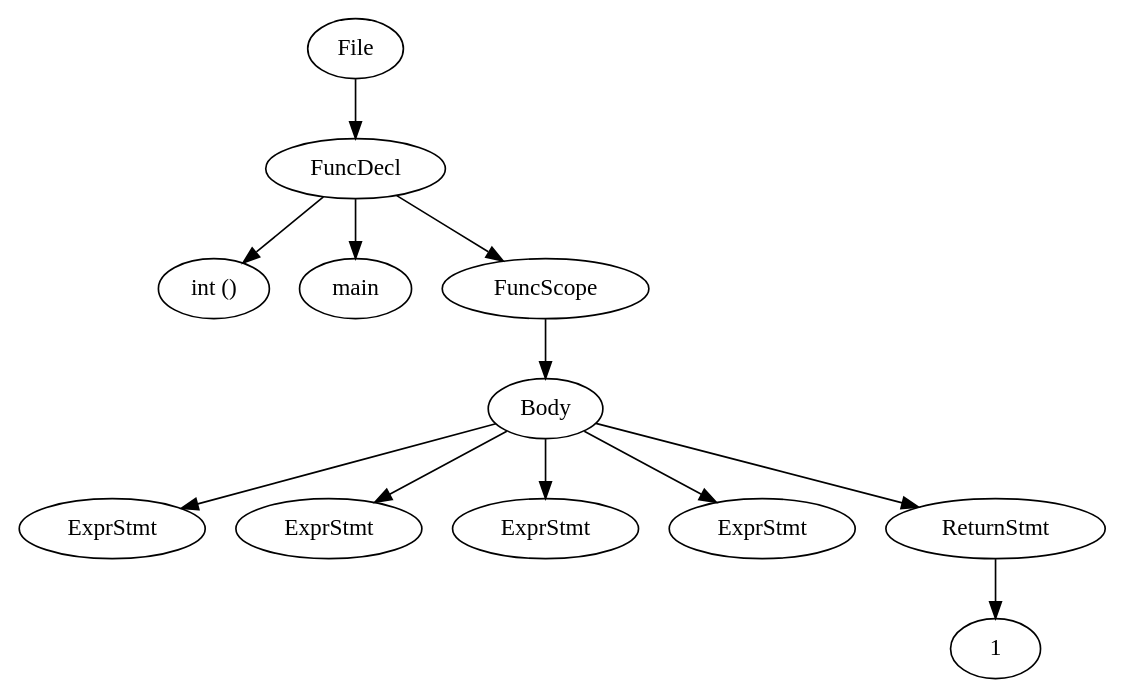
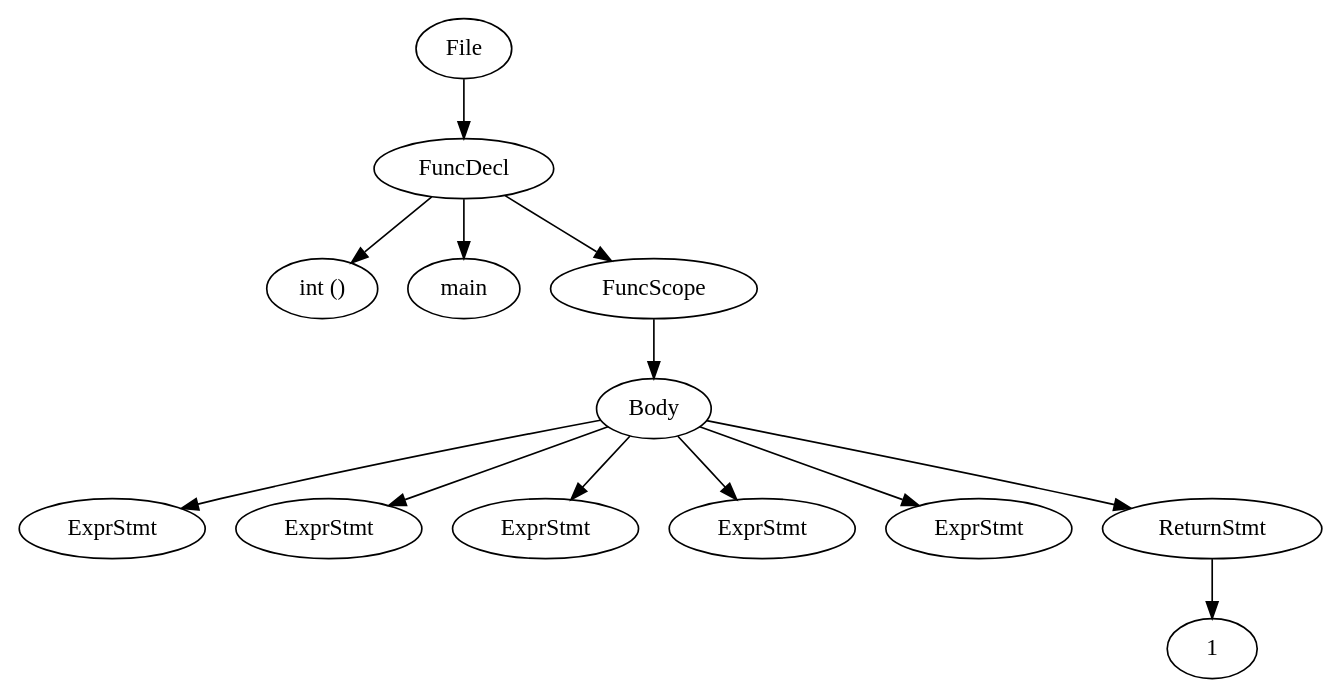
The diagram in src/output.dot (LarsDeLeeuw/Compilers), drawn with Graphviz before and after one commit. The commit also changed 2 other files, not shown here.

```diff
--- a/src/output.dot
+++ b/src/output.dot
@@ -1,24 +1,26 @@
 digraph {n0 [label="File"];
 n1 [label="FuncDecl"];
 n2 [label="int ()"];
 n3 [label="main"];
 n4 [label="FuncScope"];
 n6 [label="Body"];
 n8 [label="ExprStmt"];
 n10 [label="ExprStmt"];
 n12 [label="ExprStmt"];
 n14 [label="ExprStmt"];
-n16 [label="ReturnStmt"];
-n17 [label="1"];
+n16 [label="ExprStmt"];
+n18 [label="ReturnStmt"];
+n19 [label="1"];
 n0 -> n1
 n1 -> n2
 n1 -> n3
 n1 -> n4
 n4 -> n6
 n6 -> n8
 n6 -> n10
 n6 -> n12
 n6 -> n14
 n6 -> n16
-n16 -> n17
+n6 -> n18
+n18 -> n19
 }
```
